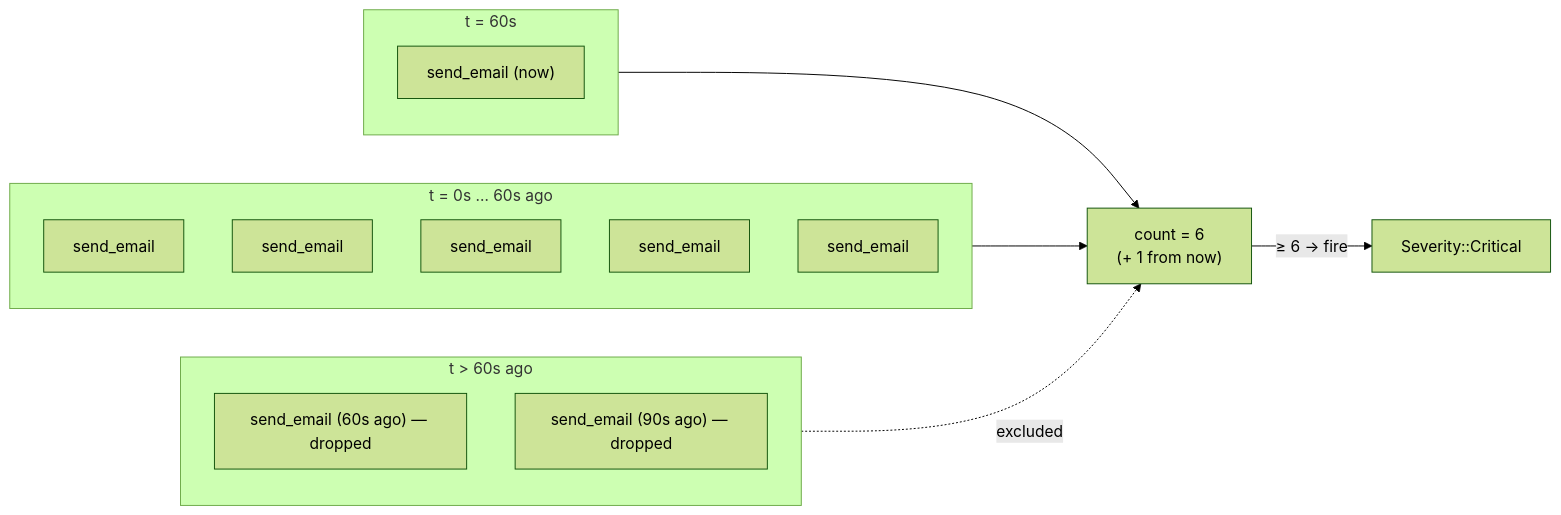
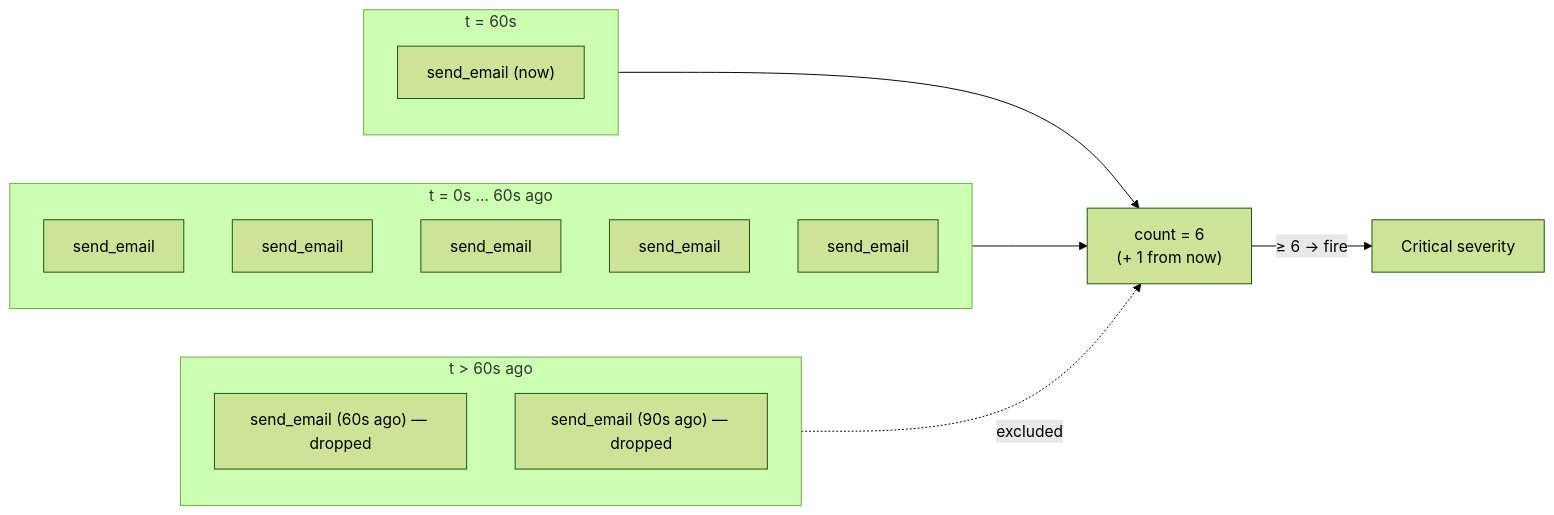
The second of 3 diagrams in docs/concepts/loop-detection.md (nullrunio/nullrun-docs), drawn with Mermaid (forest theme) before and after one commit. The commit also changed other lines of this file and 19 other files, not shown here.

````diff
--- a/docs/concepts/loop-detection.md
+++ b/docs/concepts/loop-detection.md
@@ -61,22 +59,22 @@
 ```mermaid
 flowchart LR
     subgraph Now["t = 60s"]
       N1["send_email (now)"]
     end
     subgraph Older["t = 0s … 60s ago"]
       H1["send_email"]
       H2["send_email"]
       H3["send_email"]
       H4["send_email"]
       H5["send_email"]
     end
     subgraph Dropped["t > 60s ago"]
       D1["send_email (60s ago) — dropped"]
       D2["send_email (90s ago) — dropped"]
     end
 
     Now --> C["count = 6<br/>(+ 1 from now)"]
     Older --> C
     Dropped -.->|"excluded"| C
-    C -->|"≥ 6 → fire"| F["Severity::Critical"]
+    C -->|"≥ 6 → fire"| F["Critical severity"]
 ```
````
